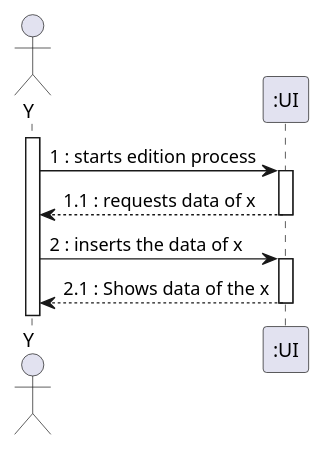
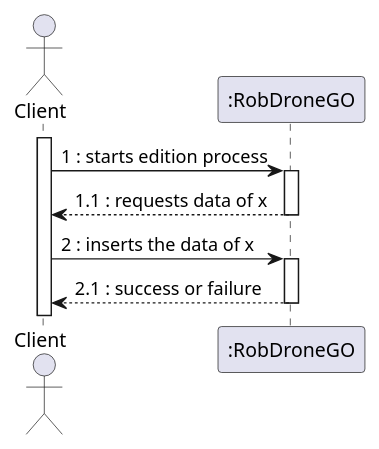
Before and after one commit to mpoboas/sem5-pi-23-24-38: the diagram in docs/nivel1/SSD1PUT.puml, drawn with PlantUML. The commit also changed 32 other files, not shown here.

```diff
--- a/docs/nivel1/SSD1PUT.puml
+++ b/docs/nivel1/SSD1PUT.puml
@@ -1,16 +1,16 @@
-@startuml
-actor "Y" as OE
+@startuml lvl1
+actor "Client" as OE
 
 activate OE
-OE -> ":UI" : 1 : starts edition process
-activate ":UI"
-":UI" --> OE : 1.1 : requests data of x
-deactivate ":UI"
-OE -> ":UI" : 2 : inserts the data of x
-activate ":UI"
-":UI" --> OE : 2.1 : Shows data of the x
+OE -> ":RobDroneGO" : 1 : starts edition process
+activate ":RobDroneGO"
+":RobDroneGO" --> OE : 1.1 : requests data of x
+deactivate ":RobDroneGO"
+OE -> ":RobDroneGO" : 2 : inserts the data of x
+activate ":RobDroneGO"
+":RobDroneGO" --> OE : 2.1 : success or failure
 
 
-deactivate ":UI"
+deactivate ":RobDroneGO"
 
 @enduml
```
